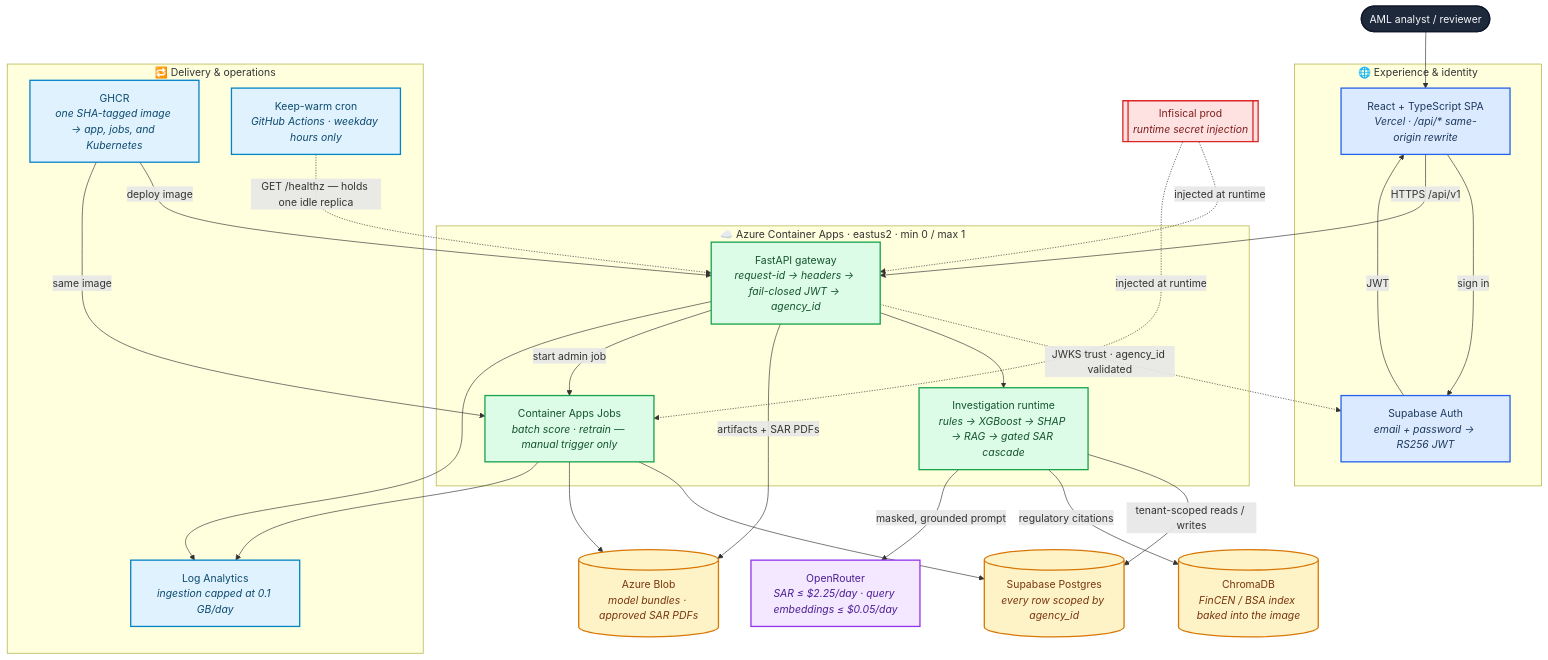
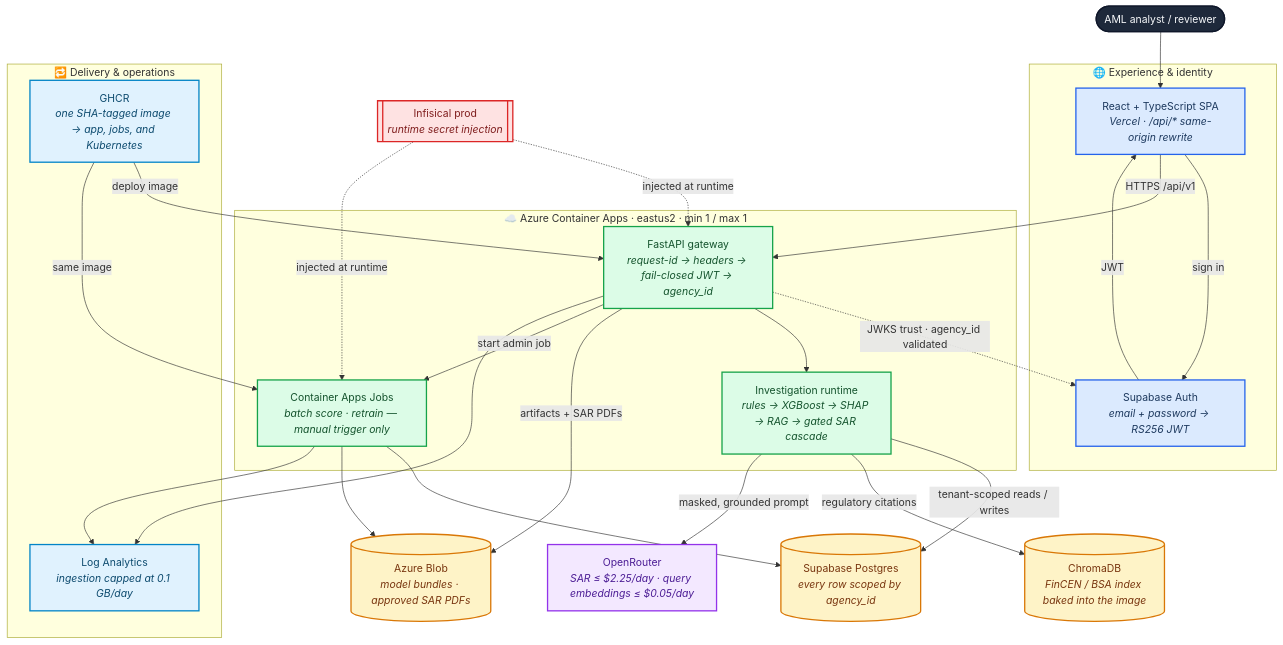
One commit to Kartik-Hirijaganer/FraudLens changed the first of 3 diagrams in README.md. Above: the diagram before and after it, drawn with Mermaid. The commit also changed other lines of this file and 15 other files, not shown here.

````diff
--- a/README.md
+++ b/README.md
@@ -46,64 +53,62 @@
 ```mermaid
 flowchart TB
     user(["AML analyst / reviewer"])
 
     subgraph edge["🌐 Experience & identity"]
         spa["React + TypeScript SPA<br/><i>Vercel · /api/* same-origin rewrite</i>"]
         auth["Supabase Auth<br/><i>email + password → RS256 JWT</i>"]
     end
 
-    subgraph azure["☁️ Azure Container Apps · eastus2 · min 0 / max 1"]
+    subgraph azure["☁️ Azure Container Apps · eastus2 · min 1 / max 1"]
         gw["FastAPI gateway<br/><i>request-id → headers → fail-closed JWT → agency_id</i>"]
         pipe["Investigation runtime<br/><i>rules → XGBoost → SHAP → RAG → gated SAR cascade</i>"]
         jobs["Container Apps Jobs<br/><i>batch score · retrain — manual trigger only</i>"]
     end
 
     subgraph ops["🔁 Delivery & operations"]
         ghcr["GHCR<br/><i>one SHA-tagged image → app, jobs, and Kubernetes</i>"]
-        warm["Keep-warm cron<br/><i>GitHub Actions · weekday hours only</i>"]
         logs["Log Analytics<br/><i>ingestion capped at 0.1 GB/day</i>"]
     end
 
     db[("Supabase Postgres<br/><i>every row scoped by agency_id</i>")]
     rag[("ChromaDB<br/><i>FinCEN / BSA index baked into the image</i>")]
     blob[("Azure Blob<br/><i>model bundles · approved SAR PDFs</i>")]
     llm["OpenRouter<br/><i>SAR ≤ $2.25/day · query embeddings ≤ $0.05/day</i>"]
     vault[["Infisical prod<br/><i>runtime secret injection</i>"]]
 
     user --> spa
     spa -->|"sign in"| auth
     auth -->|"JWT"| spa
     spa -->|"HTTPS /api/v1"| gw
     gw -.->|"JWKS trust · agency_id validated"| auth
     gw --> pipe
     pipe -->|"tenant-scoped reads / writes"| db
     pipe -->|"regulatory citations"| rag
     pipe -->|"masked, grounded prompt"| llm
     gw -->|"artifacts + SAR PDFs"| blob
     gw -->|"start admin job"| jobs
     jobs --> db
     jobs --> blob
     ghcr -->|"deploy image"| gw
     ghcr -->|"same image"| jobs
-    warm -.->|"GET /healthz — holds one idle replica"| gw
     gw --> logs
     jobs --> logs
     vault -.->|"injected at runtime"| gw
     vault -.->|"injected at runtime"| jobs
 
     classDef person fill:#1e293b,stroke:#0f172a,stroke-width:2px,color:#f8fafc
     classDef web    fill:#dbeafe,stroke:#2563eb,stroke-width:2px,color:#1e3a5f
     classDef compute fill:#dcfce7,stroke:#16a34a,stroke-width:2px,color:#14532d
     classDef store  fill:#fef3c7,stroke:#d97706,stroke-width:2px,color:#78350f
     classDef ext    fill:#f3e8ff,stroke:#9333ea,stroke-width:2px,color:#4c1d95
     classDef secret fill:#fee2e2,stroke:#dc2626,stroke-width:2px,color:#7f1d1d
     classDef opsnode fill:#e0f2fe,stroke:#0284c7,stroke-width:2px,color:#0c4a6e
 
     class user person
     class spa,auth web
     class gw,pipe,jobs compute
     class db,rag,blob store
     class llm ext
     class vault secret
-    class ghcr,warm,logs opsnode
+    class ghcr,logs opsnode
 ```
````
